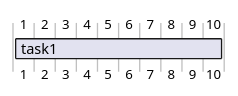
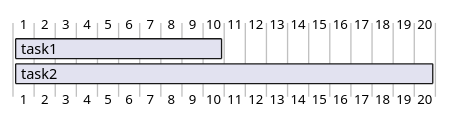
One commit to AlleyNorthward/manim-all-in-one changed the diagram in manim-architecture/test.puml. Above: the diagram before and after it, drawn with PlantUML. The commit also changed 10 other files, not shown here.

```diff
--- a/manim-architecture/test.puml
+++ b/manim-architecture/test.puml
@@ -1,4 +1,6 @@
 @startgantt test
 [task1] requires 10 days
+[task2] requires 20 days
 [task1] links to [[http://plantuml.com]]
+[task2] links to [[https://abe.com]]
 @endgantt
```
